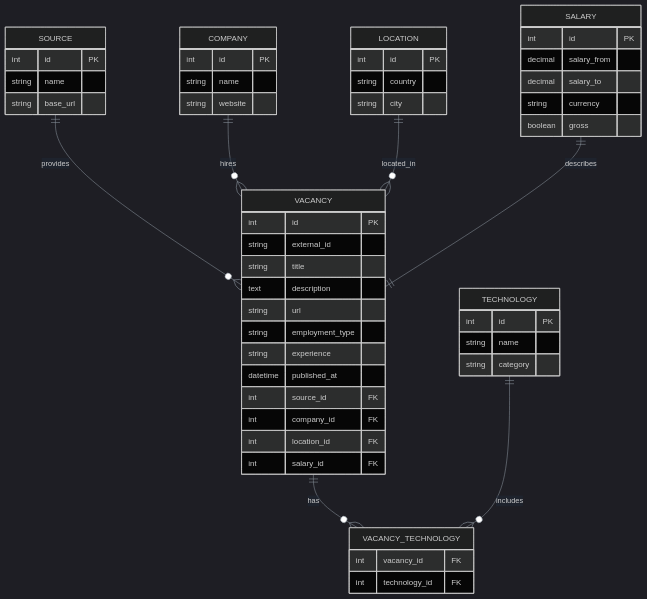
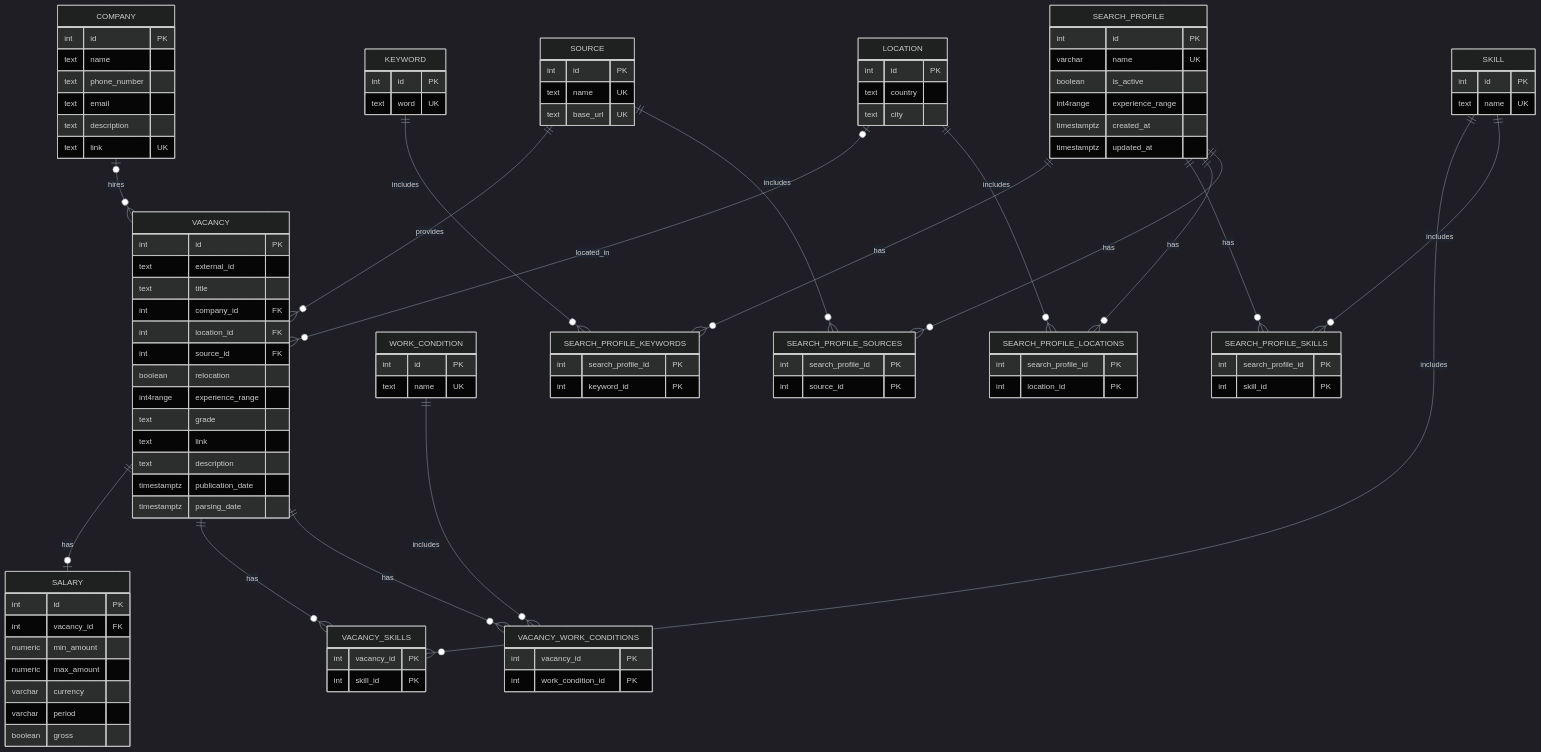
The diagram in docs/diagrams/er.mmd (ma1sky/job_market_analyzer), drawn with Mermaid before and after one commit. The commit also changed 26 other files, not shown here.

```diff
--- a/docs/diagrams/er.mmd
+++ b/docs/diagrams/er.mmd
@@ -1,88 +1,125 @@
 %%{
 init: {
   "theme": "dark",
   "themeVariables": {
-
     "background": "#0D1117",
-
     "primaryColor": "#161B22",
     "primaryBorderColor": "#58A6FF",
     "primaryTextColor": "#F0F6FC",
-
     "secondaryColor": "#21262D",
     "secondaryBorderColor": "#7EE787",
     "secondaryTextColor": "#F0F6FC",
-
     "tertiaryColor": "#1F2937",
     "tertiaryBorderColor": "#BC8CFF",
     "tertiaryTextColor": "#F0F6FC",
-
     "lineColor": "#8B949E",
-
     "fontFamily": "Inter, Segoe UI, Arial",
     "fontSize": "15px"
   }
 }
 }%%
 
 erDiagram
-
     SOURCE ||--o{ VACANCY : provides
-    COMPANY ||--o{ VACANCY : hires
-    LOCATION ||--o{ VACANCY : located_in
-    SALARY ||--|| VACANCY : describes
-    VACANCY ||--o{ VACANCY_TECHNOLOGY : has
-    TECHNOLOGY ||--o{ VACANCY_TECHNOLOGY : includes
+    COMPANY o|--o{ VACANCY : hires
+    LOCATION o|--o{ VACANCY : located_in
+    VACANCY ||--o| SALARY : has
+    VACANCY ||--o{ VACANCY_SKILLS : has
+    SKILL ||--o{ VACANCY_SKILLS : includes
+    VACANCY ||--o{ VACANCY_WORK_CONDITIONS : has
+    WORK_CONDITION ||--o{ VACANCY_WORK_CONDITIONS : includes
+    SEARCH_PROFILE ||--o{ SEARCH_PROFILE_KEYWORDS : has
+    KEYWORD ||--o{ SEARCH_PROFILE_KEYWORDS : includes
+    SEARCH_PROFILE ||--o{ SEARCH_PROFILE_SKILLS : has
+    SKILL ||--o{ SEARCH_PROFILE_SKILLS : includes
+    SEARCH_PROFILE ||--o{ SEARCH_PROFILE_LOCATIONS : has
+    LOCATION ||--o{ SEARCH_PROFILE_LOCATIONS : includes
+    SEARCH_PROFILE ||--o{ SEARCH_PROFILE_SOURCES : has
+    SOURCE ||--o{ SEARCH_PROFILE_SOURCES : includes
 
     SOURCE {
         int id PK
-        string name
-        string base_url
+        text name UK
+        text base_url UK
     }
-
     COMPANY {
         int id PK
-        string name
-        string website
+        text name
+        text phone_number
+        text email
+        text description
+        text link UK
     }
-
     LOCATION {
         int id PK
-        string country
-        string city
+        text country
+        text city
     }
-
+    VACANCY {
+        int id PK
+        text external_id
+        text title
+        int company_id FK
+        int location_id FK
+        int source_id FK
+        boolean relocation
+        int4range experience_range
+        text grade
+        text link
+        text description
+        timestamptz publication_date
+        timestamptz parsing_date
+    }
     SALARY {
         int id PK
-        decimal salary_from
-        decimal salary_to
-        string currency
+        int vacancy_id FK
+        numeric min_amount
+        numeric max_amount
+        varchar currency
+        varchar period
         boolean gross
     }
-
-    VACANCY {
+    SKILL {
         int id PK
-        string external_id
-        string title
-        text description
-        string url
-        string employment_type
-        string experience
-        datetime published_at
-
-        int source_id FK
-        int company_id FK
-        int location_id FK
-        int salary_id FK
+        text name UK
     }
-
-    TECHNOLOGY {
+    WORK_CONDITION {
         int id PK
-        string name
-        string category
+        text name UK
     }
-
-    VACANCY_TECHNOLOGY {
-        int vacancy_id FK
-        int technology_id FK
+    KEYWORD {
+        int id PK
+        text word UK
     }
+    SEARCH_PROFILE {
+        int id PK
+        varchar name UK
+        boolean is_active
+        int4range experience_range
+        timestamptz created_at
+        timestamptz updated_at
+    }
+    VACANCY_SKILLS {
+        int vacancy_id PK
+        int skill_id PK
+    }
+    VACANCY_WORK_CONDITIONS {
+        int vacancy_id PK
+        int work_condition_id PK
+    }
+    SEARCH_PROFILE_KEYWORDS {
+        int search_profile_id PK
+        int keyword_id PK
+    }
+    SEARCH_PROFILE_SKILLS {
+        int search_profile_id PK
+        int skill_id PK
+    }
+    SEARCH_PROFILE_LOCATIONS {
+        int search_profile_id PK
+        int location_id PK
+    }
+    SEARCH_PROFILE_SOURCES {
+        int search_profile_id PK
+        int source_id PK
+    }
```
